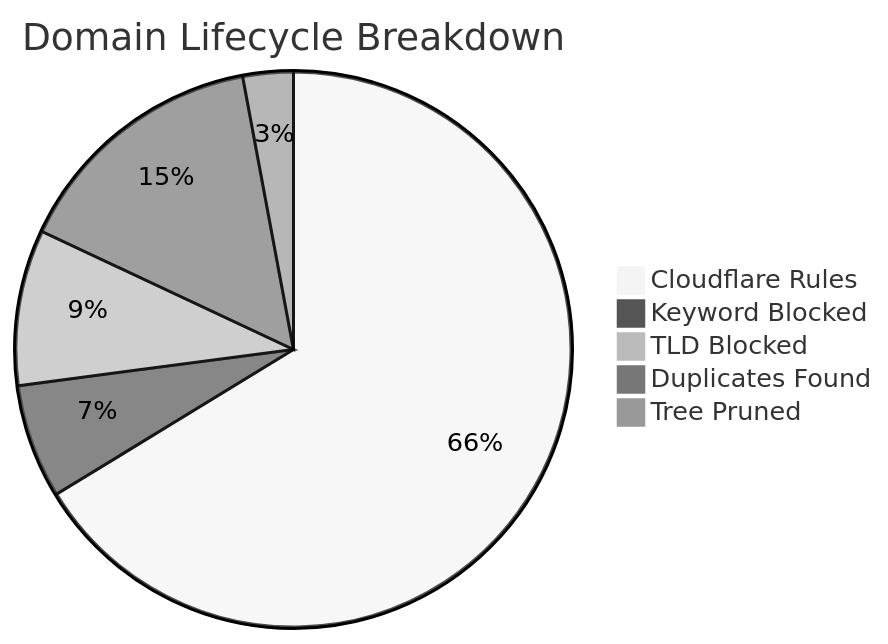
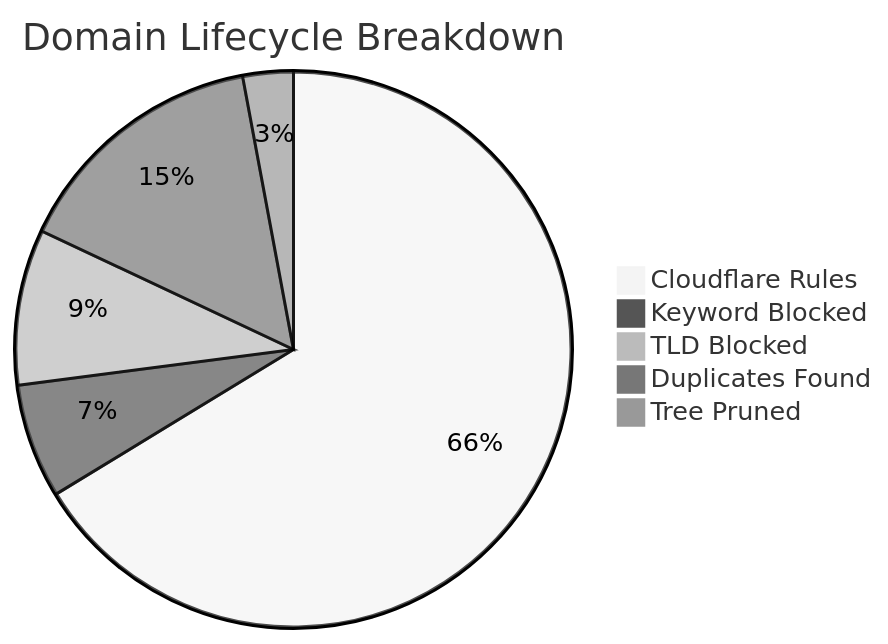
One commit to brojangles24/Cloudflare-ZeroTrust-AdBlock changed the diagram in README_STATS.md. Above: the diagram before and after it, drawn with Mermaid (neutral theme). The commit also changed other lines of this file and 1 other file, not shown here.

````diff
--- a/README_STATS.md
+++ b/README_STATS.md
@@ -5,8 +5,8 @@
 ```mermaid
 pie title Domain Lifecycle Breakdown
-    "Cloudflare Rules" : 277845
-    "Keyword Blocked" : 27828
-    "TLD Blocked" : 38005
-    "Duplicates Found" : 63243
-    "Tree Pruned" : 12290
+    "Cloudflare Rules" : 277574
+    "Keyword Blocked" : 27827
+    "TLD Blocked" : 37926
+    "Duplicates Found" : 63103
+    "Tree Pruned" : 12279
 ```
````
